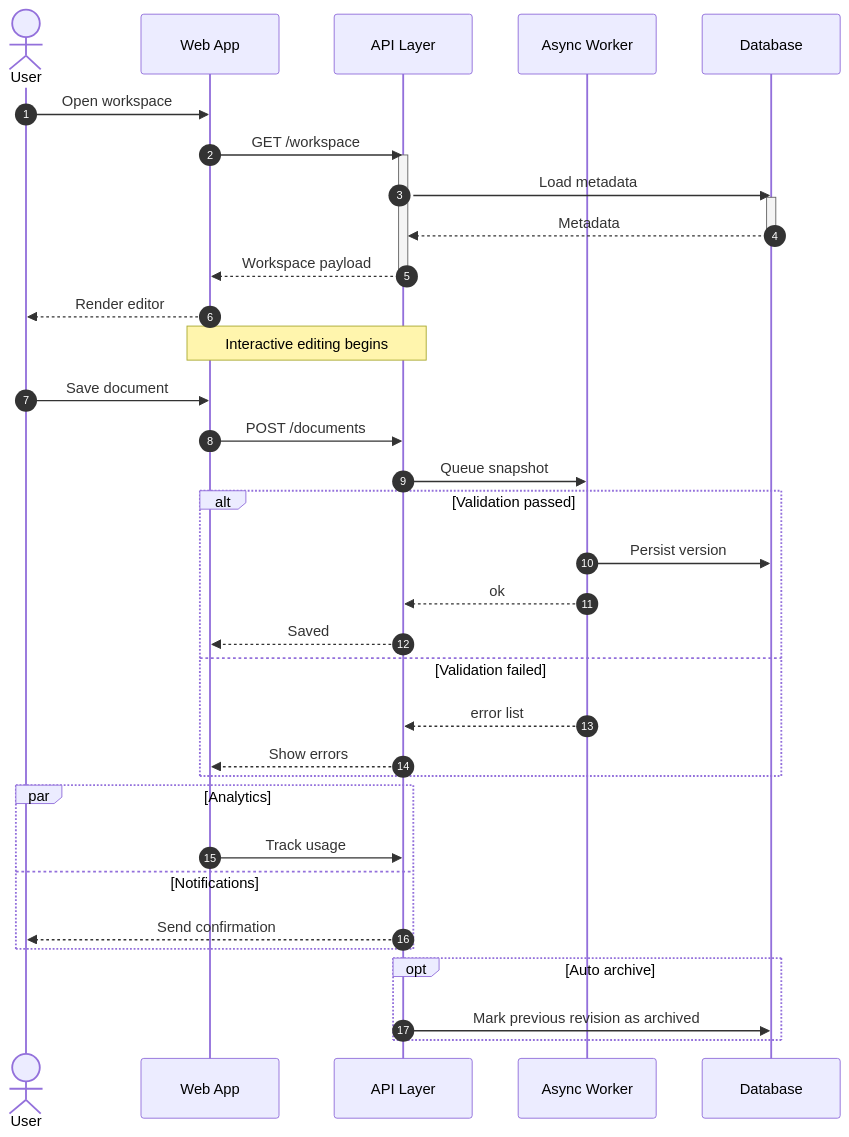
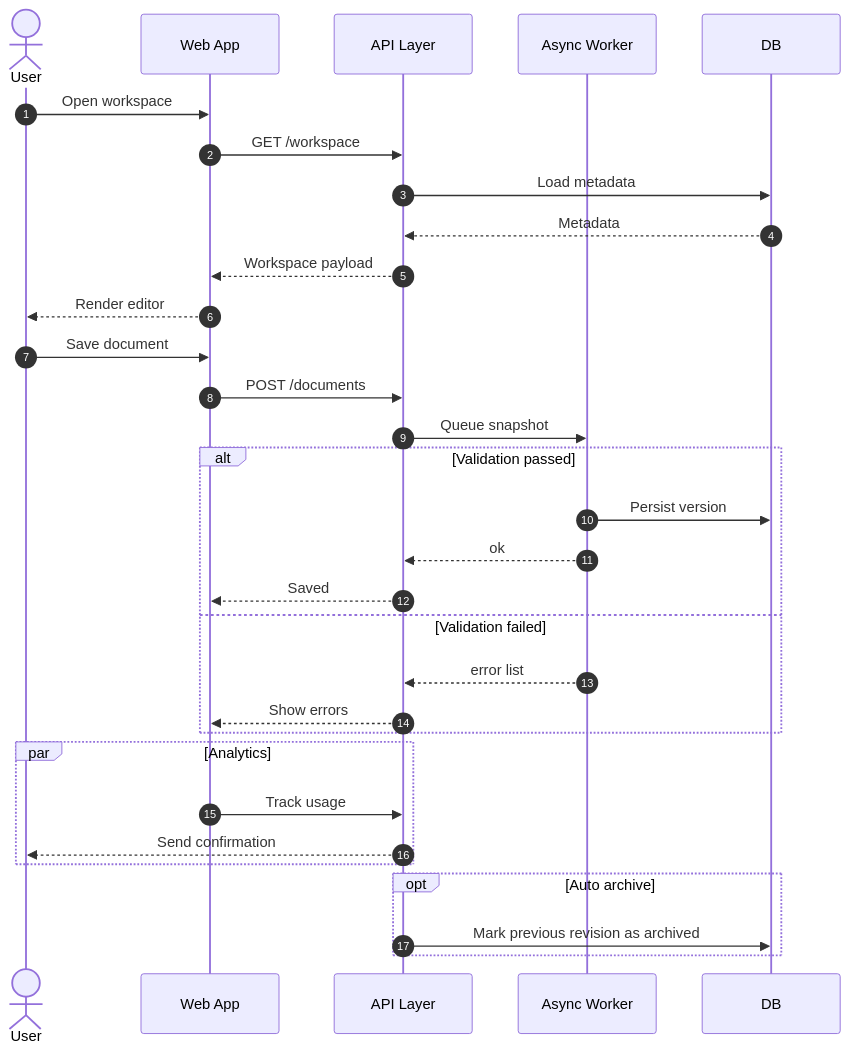
One commit to NikkiAsteinza/nima-editor-samples changed the diagram in mermaid/03-sequence-diagram.md. Above: the diagram before and after it, drawn with Mermaid. The commit also changed 15 other files, not shown here.

````diff
--- a/mermaid/03-sequence-diagram.md
+++ b/mermaid/03-sequence-diagram.md
@@ -5,45 +5,32 @@
 ```mermaid
 sequenceDiagram
-    autonumber
     actor User
     participant Web as Web App
     participant API as API Layer
     participant Worker as Async Worker
-    participant DB as Database
-
+    autonumber
     User->>Web: Open workspace
     Web->>API: GET /workspace
-    activate API
     API->>DB: Load metadata
-    activate DB
     DB-->>API: Metadata
-    deactivate DB
     API-->>Web: Workspace payload
-    deactivate API
     Web-->>User: Render editor
-
-    Note over Web,API: Interactive editing begins
-
     User->>Web: Save document
     Web->>API: POST /documents
     API->>Worker: Queue snapshot
-
     alt Validation passed
-        Worker->>DB: Persist version
-        Worker-->>API: ok
-        API-->>Web: Saved
+    Worker->>DB: Persist version
+    Worker-->>API: ok
+    API-->>Web: Saved
     else Validation failed
-        Worker-->>API: error list
-        API-->>Web: Show errors
+    Worker-->>API: error list
+    API-->>Web: Show errors
     end
-
     par Analytics
-        Web->>API: Track usage
-    and Notifications
-        API-->>User: Send confirmation
+    Web->>API: Track usage
+    API-->>User: Send confirmation
     end
-
     opt Auto archive
-        API->>DB: Mark previous revision as archived
+    API->>DB: Mark previous revision as archived
     end
 ```
````
